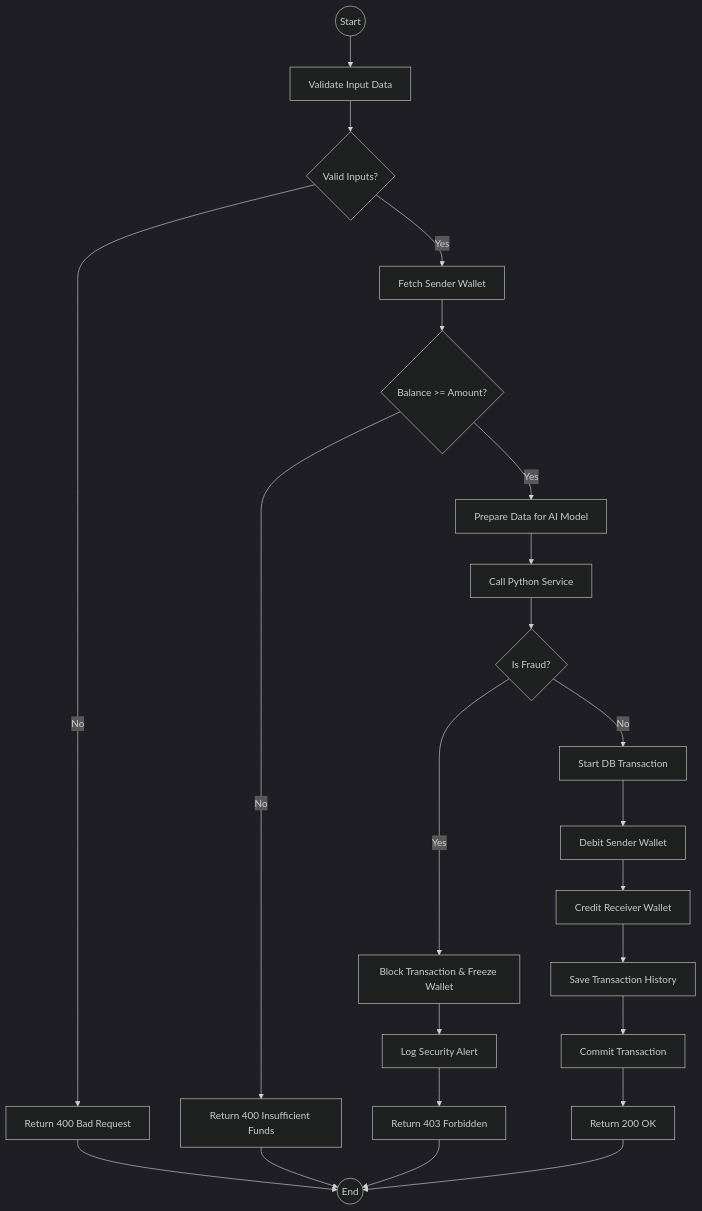
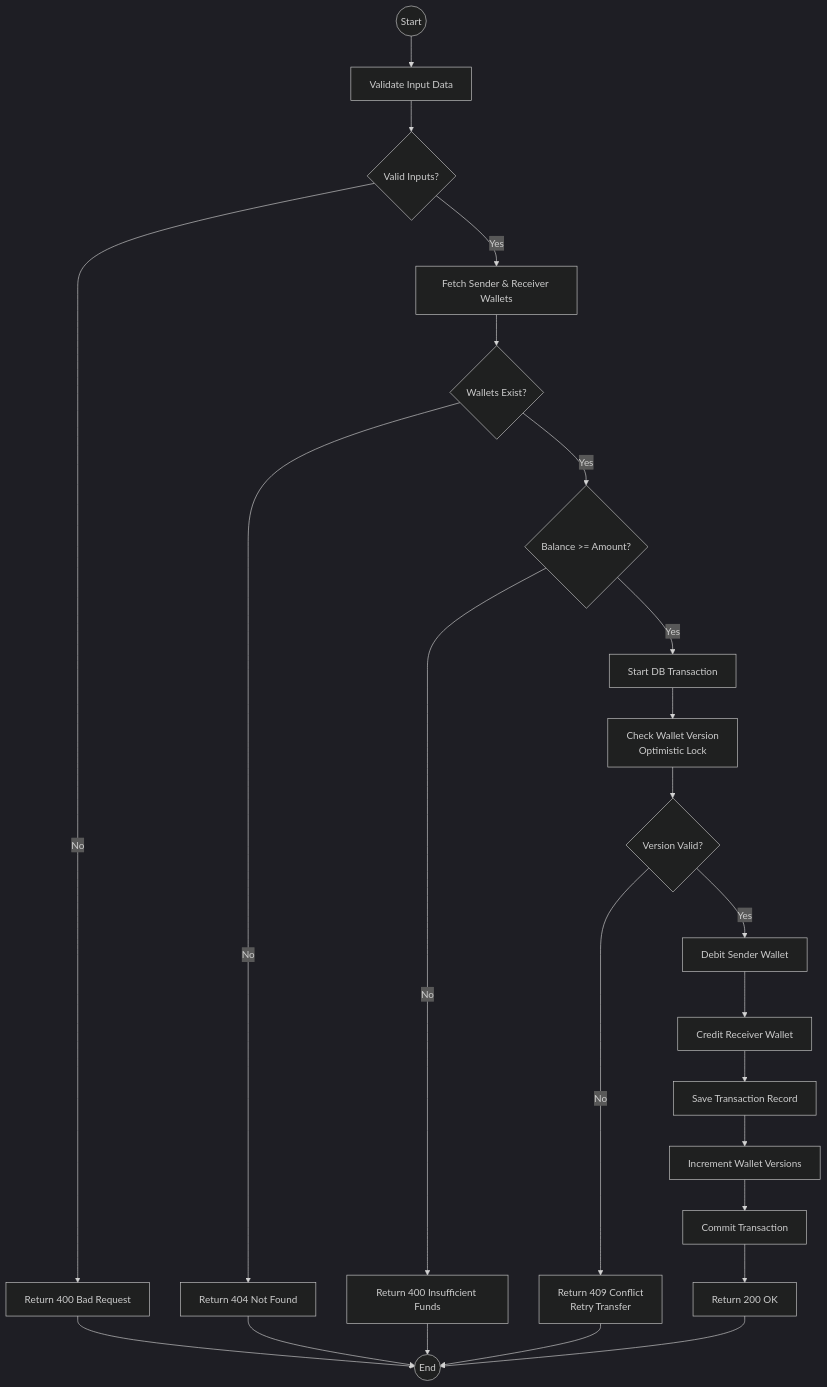
The diagram in diagrams/activity.mmd (mahmoudss5/FinTeck), drawn with Mermaid before and after one commit. The commit also changed 6 other files, not shown here.

Commit message:
update the readme file and diagrams

```diff
--- a/diagrams/activity.mmd
+++ b/diagrams/activity.mmd
@@ -1,35 +1,36 @@
 ---
 config:
   theme: dark
 ---
 flowchart TD
     Start((Start)) --> ValidateInput[Validate Input Data]
     ValidateInput --> IsValid{Valid Inputs?}
 
     IsValid -- No --> ErrorResponse[Return 400 Bad Request]
-    IsValid -- Yes --> FetchWallet[Fetch Sender Wallet]
+    IsValid -- Yes --> FetchWallets[Fetch Sender & Receiver Wallets]
 
-    FetchWallet --> CheckBalance{Balance >= Amount?}
+    FetchWallets --> WalletsExist{Wallets Exist?}
+    WalletsExist -- No --> NotFound[Return 404 Not Found]
+    WalletsExist -- Yes --> CheckBalance{Balance >= Amount?}
 
     CheckBalance -- No --> InsufficientFunds[Return 400 Insufficient Funds]
-    CheckBalance -- Yes --> PrepareAI[Prepare Data for AI Model]
+    CheckBalance -- Yes --> StartTx[Start DB Transaction]
 
-    PrepareAI --> CallAI[Call Python Service]
-    CallAI --> IsFraud{Is Fraud?}
+    StartTx --> AcquireLock[Check Wallet Version<br/>Optimistic Lock]
+    AcquireLock --> LockOk{Version Valid?}
 
-    IsFraud -- Yes --> BlockAction[Block Transaction & Freeze Wallet]
-    BlockAction --> LogFraud[Log Security Alert]
-    LogFraud --> FraudError[Return 403 Forbidden]
+    LockOk -- No --> ConflictError[Return 409 Conflict<br/>Retry Transfer]
+    LockOk -- Yes --> Debit[Debit Sender Wallet]
 
-    IsFraud -- No --> StartTx[Start DB Transaction]
-    StartTx --> Debit[Debit Sender Wallet]
     Debit --> Credit[Credit Receiver Wallet]
-    Credit --> SaveLog[Save Transaction History]
-    SaveLog --> CommitTx[Commit Transaction]
+    Credit --> SaveLog[Save Transaction Record]
+    SaveLog --> IncrementVersion[Increment Wallet Versions]
+    IncrementVersion --> CommitTx[Commit Transaction]
 
     CommitTx --> Success[Return 200 OK]
 
     ErrorResponse --> End((End))
+    NotFound --> End
     InsufficientFunds --> End
-    FraudError --> End
+    ConflictError --> End
     Success --> End
```
